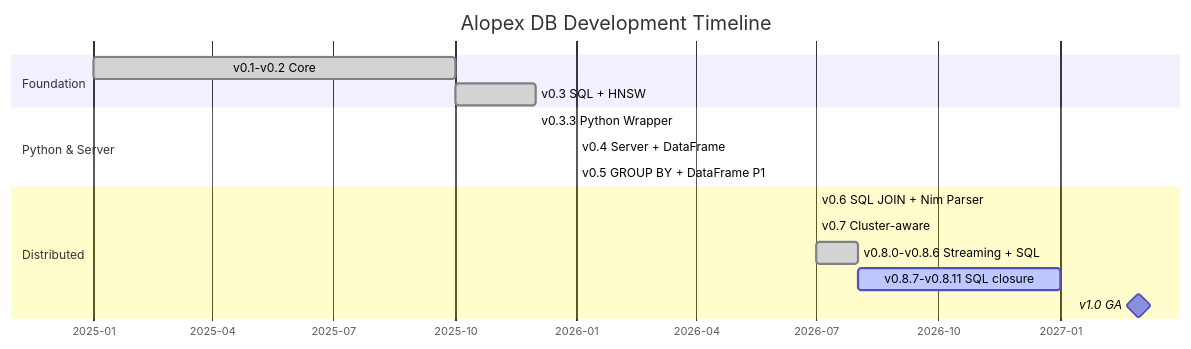
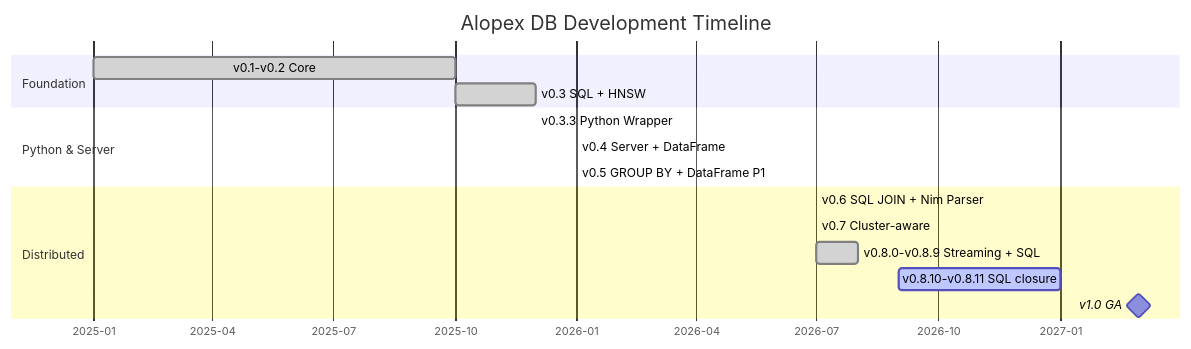
The diagram in docs/index.md (alopex-db/alopex-db.github.io), drawn with Mermaid before and after one commit. The commit also changed other lines of this file and 6 other files, not shown here.

````diff
--- a/docs/index.md
+++ b/docs/index.md
@@ -237,22 +239,22 @@
 ```mermaid
 gantt
     title Alopex DB Development Timeline
     dateFormat  YYYY-MM
     axisFormat  %Y-%m
 
     section Foundation
     v0.1-v0.2 Core          :done, 2025-01, 2025-10
     v0.3 SQL + HNSW         :done, 2025-10, 2025-12
 
     section Python & Server
     v0.3.3 Python Wrapper   :done, 2025-12, 2025-12
     v0.4 Server + DataFrame :done, 2026-01, 2026-01
     v0.5 GROUP BY + DataFrame P1 :done, 2026-01, 2026-01
 
     section Distributed
     v0.6 SQL JOIN + Nim Parser :done, 2026-07, 2026-07
     v0.7 Cluster-aware      :done, 2026-07, 2026-07
-    v0.8.0-v0.8.6 Streaming + SQL :done, 2026-07, 2026-08
-    v0.8.7-v0.8.11 SQL closure :active, 2026-08, 2027-01
+    v0.8.0-v0.8.9 Streaming + SQL :done, 2026-07, 2026-08
+    v0.8.10-v0.8.11 SQL closure :active, 2026-09, 2027-01
     v1.0 GA                 :milestone, 2027-03, 0d
 ```
````
